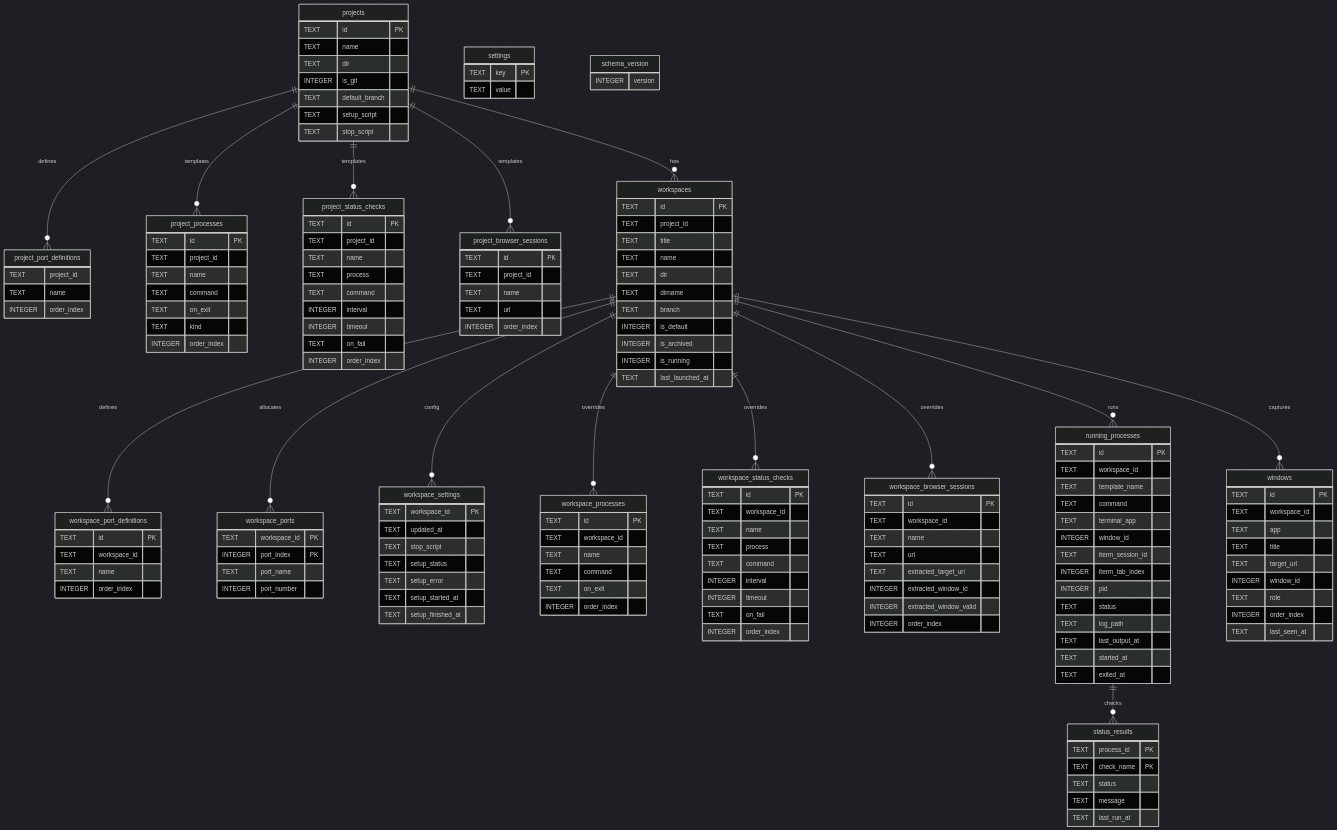
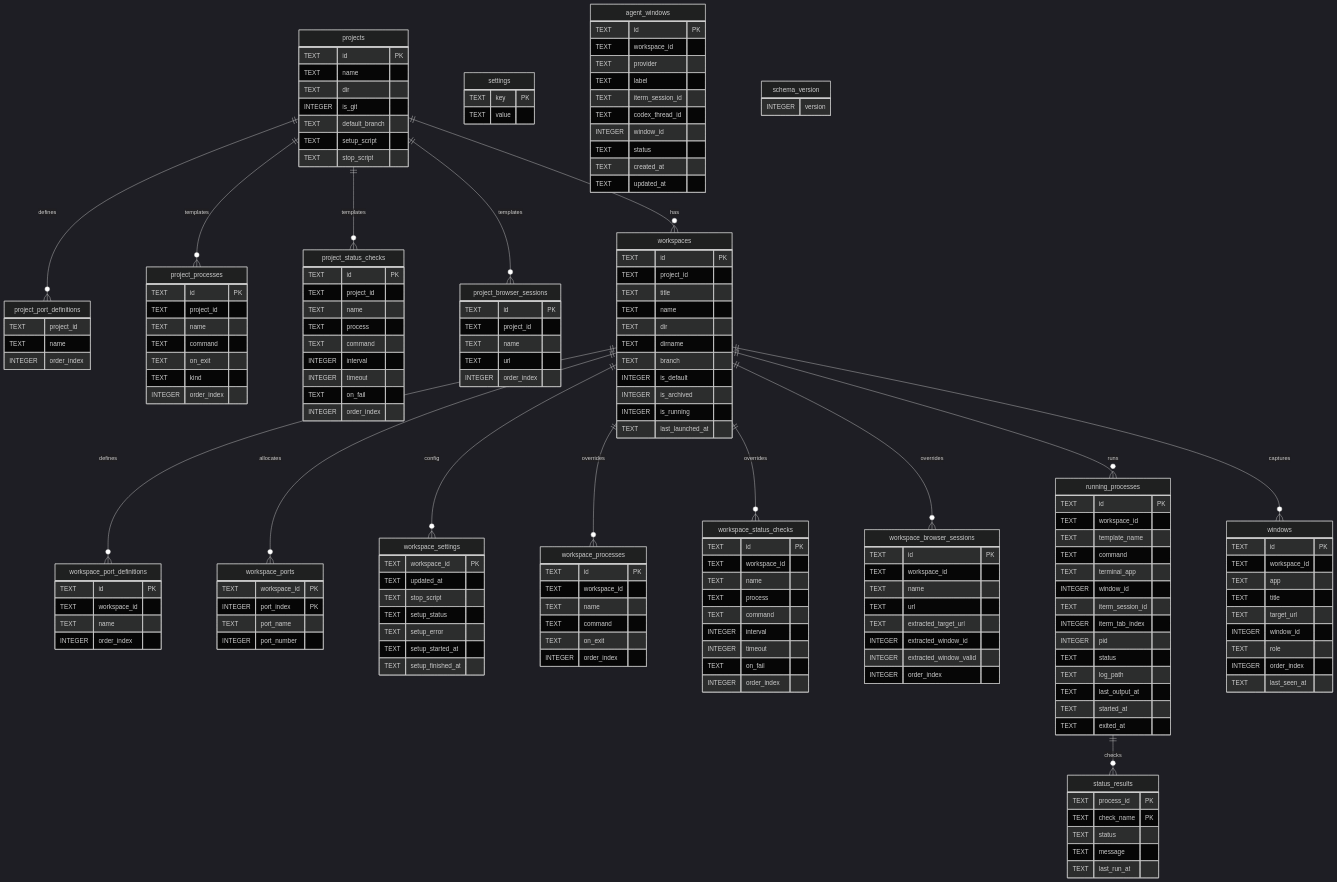
One commit to yogesh-dhande/spaces changed the second of 5 diagrams in apps/macos/docs/architecture.md. Above: the diagram before and after it, drawn with Mermaid (dark theme). The commit also changed other lines of this file and 14 other files, not shown here.

```diff
--- a/apps/macos/docs/architecture.md
+++ b/apps/macos/docs/architecture.md
@@ -331,6 +331,19 @@
     TEXT value
   }
 
+  agent_windows {
+    TEXT id PK
+    TEXT workspace_id
+    TEXT provider
+    TEXT label
+    TEXT iterm_session_id
+    TEXT codex_thread_id
+    INTEGER window_id
+    TEXT status
+    TEXT created_at
+    TEXT updated_at
+  }
+
   schema_version {
     INTEGER version
   }
```
